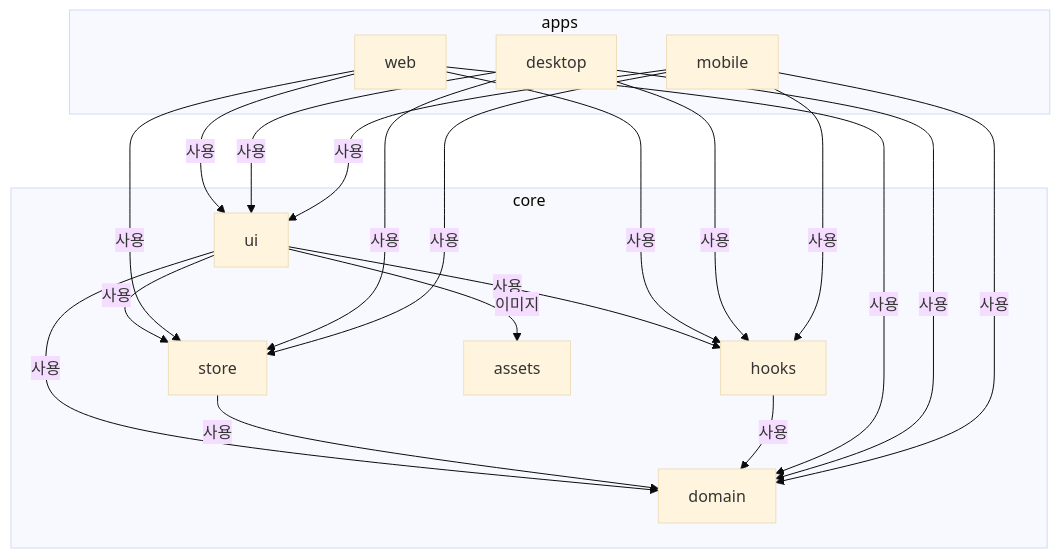
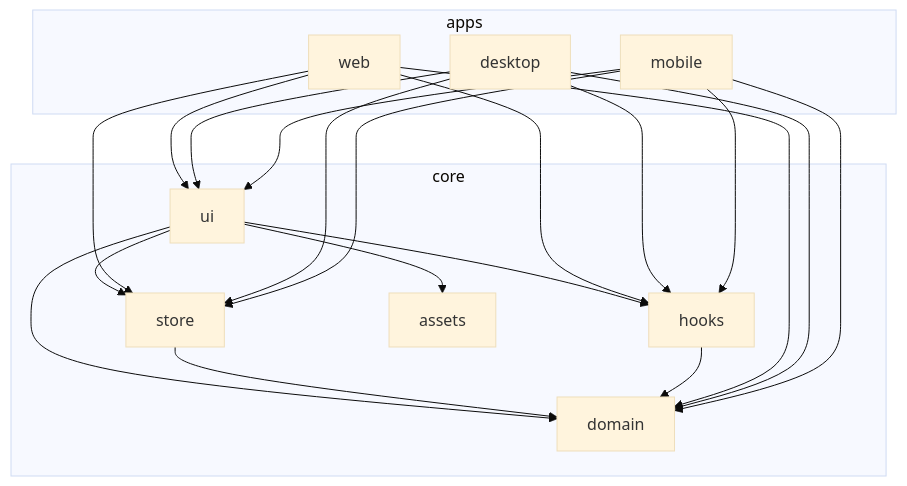
One commit to ramyo564/git_blog changed the fifth of 9 diagrams in _posts/Git_Blog/AiTodo/Frontend/2025-06-24-ai_todo_3_f_react_architecture_2.md. Above: the diagram before and after it, drawn with Mermaid (base theme). The commit also changed other lines of this file and 1 other file, not shown here.

````diff
--- a/_posts/Git_Blog/AiTodo/Frontend/2025-06-24-ai_todo_3_f_react_architecture_2.md
+++ b/_posts/Git_Blog/AiTodo/Frontend/2025-06-24-ai_todo_3_f_react_architecture_2.md
@@ -274,34 +277,34 @@
 ```mermaid
 graph TD
   subgraph core
     core-ui["ui"]
     core-store["store"]
     core-hooks["hooks"]
     core-domain["domain"]
     core-assets["assets"]
-    core-ui -->|사용| core-domain
-    core-store -->|사용| core-domain
-    core-hooks -->|사용| core-domain
-    core-ui -->|사용| core-store
-    core-ui -->|사용| core-hooks
-    core-ui -->|이미지| core-assets
+    core-ui --> core-domain
+    core-store --> core-domain
+    core-hooks --> core-domain
+    core-ui --> core-store
+    core-ui --> core-hooks
+    core-ui --> core-assets
   end
 
   subgraph apps
     apps-web["web"]
     apps-desktop["desktop"]
     apps-mobile["mobile"]
-    apps-web -->|사용| core-ui
-    apps-web -->|사용| core-store
-    apps-web -->|사용| core-hooks
-    apps-web -->|사용| core-domain
-    apps-desktop -->|사용| core-ui
-    apps-desktop -->|사용| core-store
-    apps-desktop -->|사용| core-hooks
-    apps-desktop -->|사용| core-domain
-    apps-mobile -->|사용| core-ui
-    apps-mobile -->|사용| core-store
-    apps-mobile -->|사용| core-hooks
-    apps-mobile -->|사용| core-domain
+    apps-web --> core-ui
+    apps-web --> core-store
+    apps-web --> core-hooks
+    apps-web --> core-domain
+    apps-desktop --> core-ui
+    apps-desktop --> core-store
+    apps-desktop --> core-hooks
+    apps-desktop --> core-domain
+    apps-mobile --> core-ui
+    apps-mobile --> core-store
+    apps-mobile --> core-hooks
+    apps-mobile --> core-domain
   end
 ```
````
